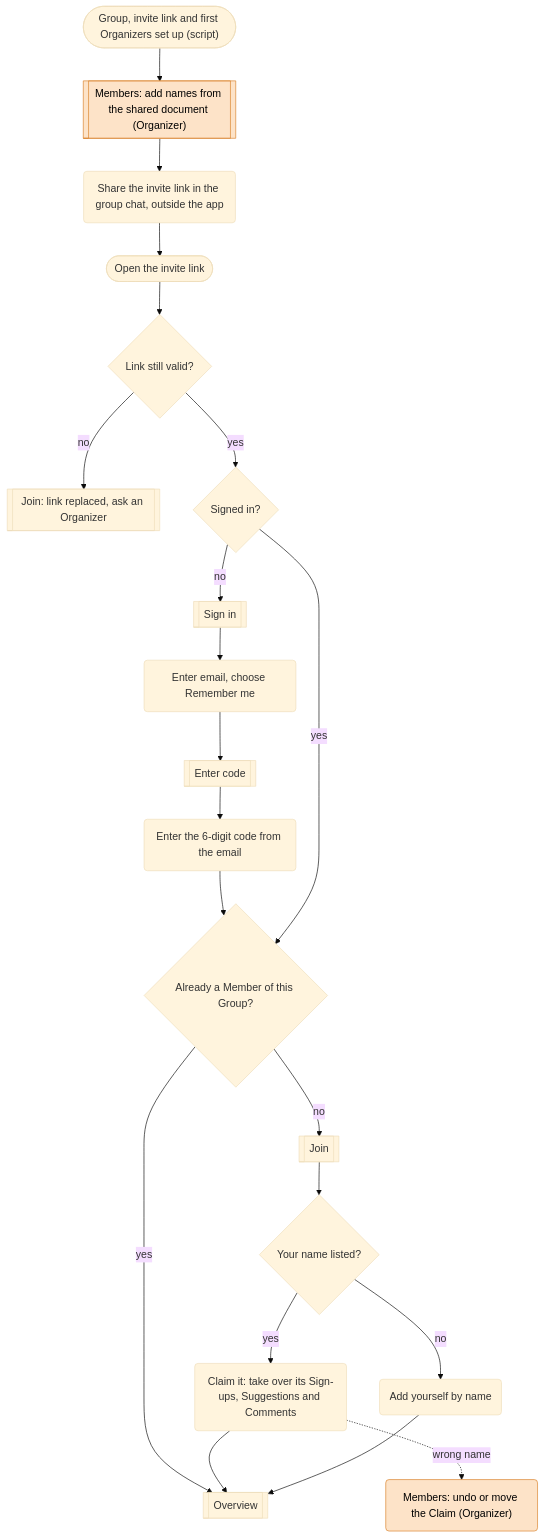
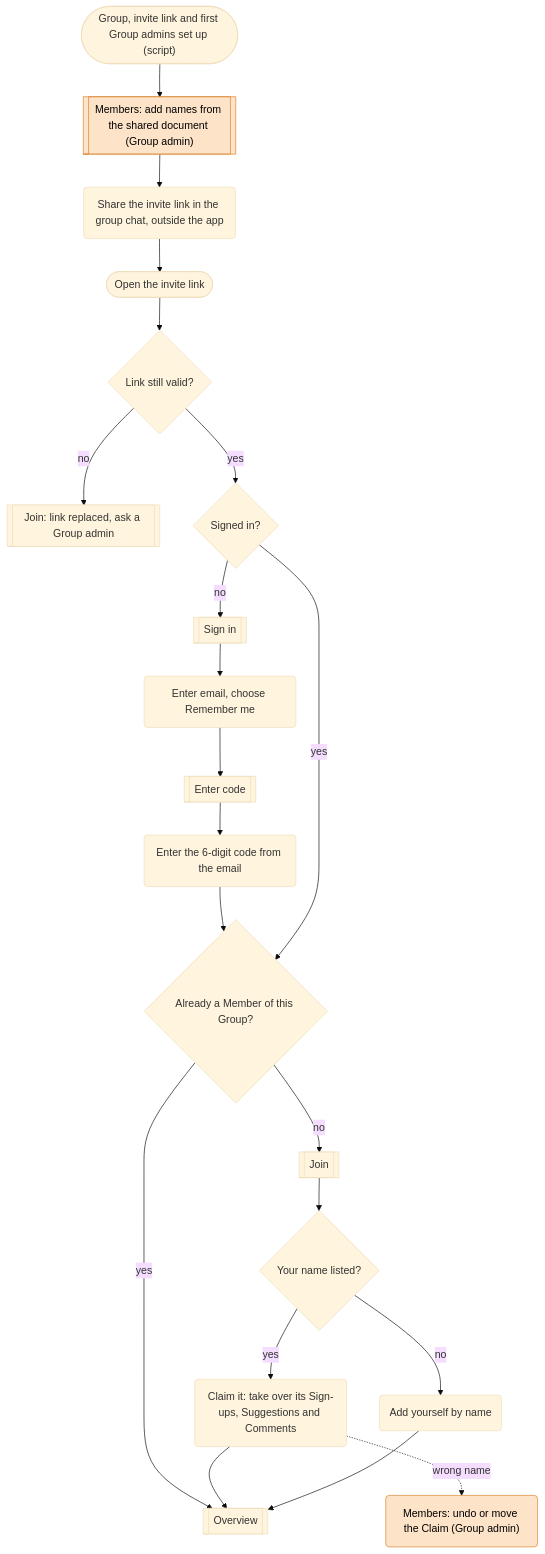
The second of 6 diagrams in docs/product/journeys.md (fekko-dev/musialize), drawn with Mermaid (base theme) before and after one commit. The commit also changed other lines of this file and 8 other files, not shown here.

First line of the commit message:
docs: rename Organizer to Group admin and Admin to Super admin

````diff
--- a/docs/product/journeys.md
+++ b/docs/product/journeys.md
@@ -16,25 +16,25 @@
 ```mermaid
 flowchart TD
-    G0(["Group, invite link and first Organizers set up (script)"]) --> S
-    S[["Members: add names from the shared document (Organizer)"]]:::org --> A("Share the invite link in the group chat, outside the app")
+    G0(["Group, invite link and first Group admins set up (script)"]) --> S
+    S[["Members: add names from the shared document (Group admin)"]]:::org --> A("Share the invite link in the group chat, outside the app")
     A --> B([Open the invite link])
     B --> V{Link still valid?}
-    V -- no --> VX[[Join: link replaced, ask an Organizer]]
+    V -- no --> VX[[Join: link replaced, ask a Group admin]]
     V -- yes --> C{Signed in?}
     C -- no --> SI[[Sign in]]
     SI --> SI1(Enter email, choose Remember me)
     SI1 --> EC[[Enter code]]
     EC --> EC1(Enter the 6-digit code from the email)
     EC1 --> F
     C -- yes --> F{Already a Member of this Group?}
     F -- yes --> O[[Overview]]
     F -- no --> J[[Join]]
     J --> G{Your name listed?}
     G -- yes --> H(Claim it: take over its Sign-ups, Suggestions and Comments)
     G -- no --> I(Add yourself by name)
     H --> O
     I --> O
-    H -. wrong name .-> K("Members: undo or move the Claim (Organizer)"):::org
+    H -. wrong name .-> K("Members: undo or move the Claim (Group admin)"):::org
 
     classDef org fill:#fde3c8,stroke:#d9822b,color:#000
 ```
````
